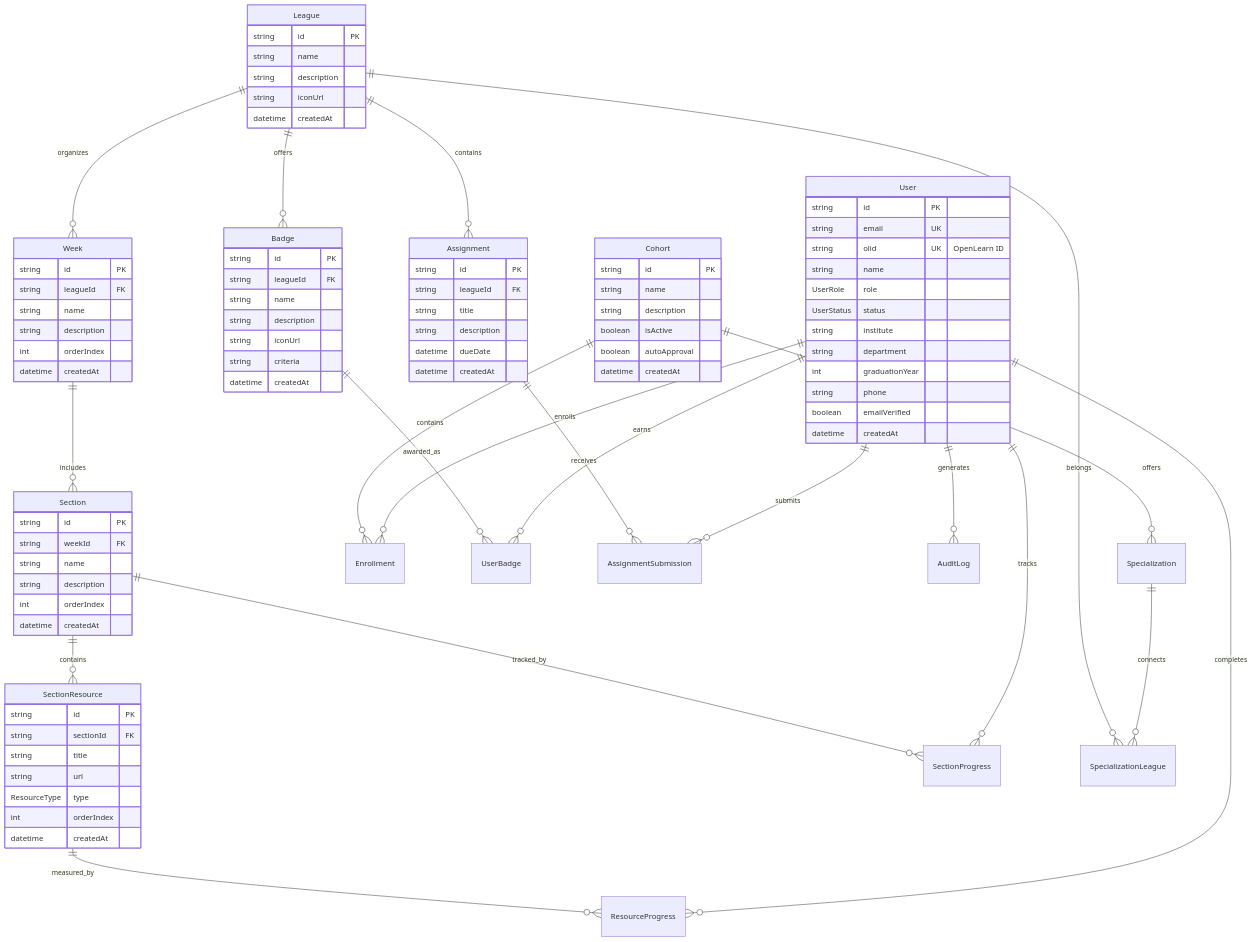
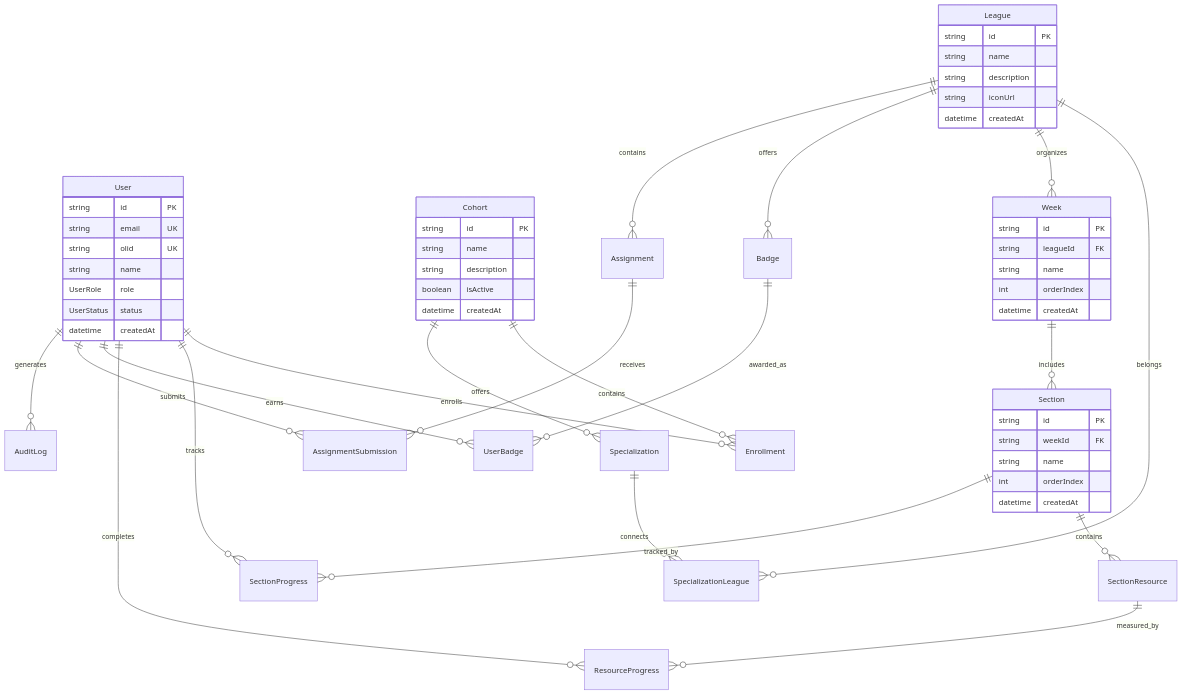
One commit to openlearnnitj/openlearn-backend changed the third of 6 diagrams in README.md. Above: the diagram before and after it, drawn with Mermaid. The commit also changed other lines of this file and 1 other file, not shown here.

````diff
--- a/README.md
+++ b/README.md
@@ -225,84 +237,5 @@
 ```mermaid
 erDiagram
-    User {
-        string id PK
-        string email UK
-        string olid UK "OpenLearn ID"
-        string name
-        UserRole role
-        UserStatus status
-        string institute
-        string department
-        int graduationYear
-        string phone
-        boolean emailVerified
-        datetime createdAt
-    }
-    
-    Cohort {
-        string id PK
-        string name
-        string description
-        boolean isActive
-        boolean autoApproval
-        datetime createdAt
-    }
-    
-    League {
-        string id PK
-        string name
-        string description
-        string iconUrl
-        datetime createdAt
-    }
-    
-    Week {
-        string id PK
-        string leagueId FK
-        string name
-        string description
-        int orderIndex
-        datetime createdAt
-    }
-    
-    Section {
-        string id PK
-        string weekId FK
-        string name
-        string description
-        int orderIndex
-        datetime createdAt
-    }
-    
-    SectionResource {
-        string id PK
-        string sectionId FK
-        string title
-        string url
-        ResourceType type
-        int orderIndex
-        datetime createdAt
-    }
-    
-    Assignment {
-        string id PK
-        string leagueId FK
-        string title
-        string description
-        datetime dueDate
-        datetime createdAt
-    }
-    
-    Badge {
-        string id PK
-        string leagueId FK
-        string name
-        string description
-        string iconUrl
-        string criteria
-        datetime createdAt
-    }
-    
     User ||--o{ Enrollment : enrolls
     User ||--o{ SectionProgress : tracks
     User ||--o{ ResourceProgress : completes
@@ -326,4 +259,46 @@
     SectionResource ||--o{ ResourceProgress : measured_by
     Assignment ||--o{ AssignmentSubmission : receives
     Badge ||--o{ UserBadge : awarded_as
+    
+    User {
+        string id PK
+        string email UK
+        string olid UK
+        string name
+        UserRole role
+        UserStatus status
+        datetime createdAt
+    }
+    
+    Cohort {
+        string id PK
+        string name
+        string description
+        boolean isActive
+        datetime createdAt
+    }
+    
+    League {
+        string id PK
+        string name
+        string description
+        string iconUrl
+        datetime createdAt
+    }
+    
+    Week {
+        string id PK
+        string leagueId FK
+        string name
+        int orderIndex
+        datetime createdAt
+    }
+    
+    Section {
+        string id PK
+        string weekId FK
+        string name
+        int orderIndex
+        datetime createdAt
+    }
 ```
````
